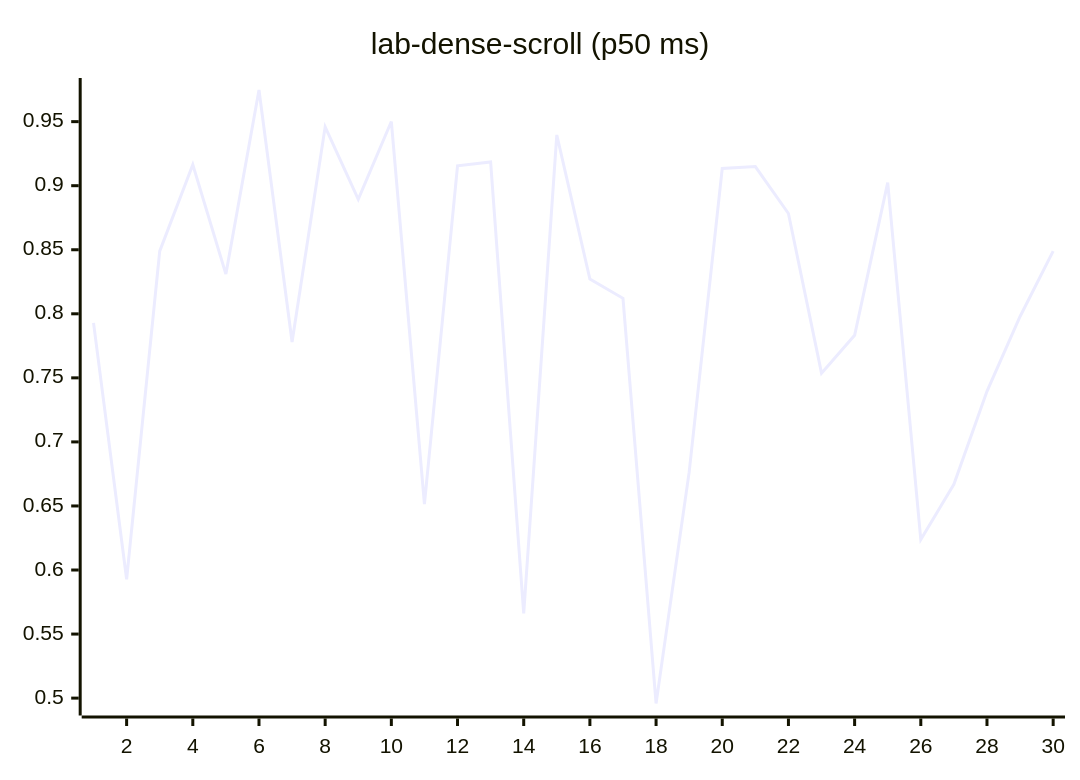
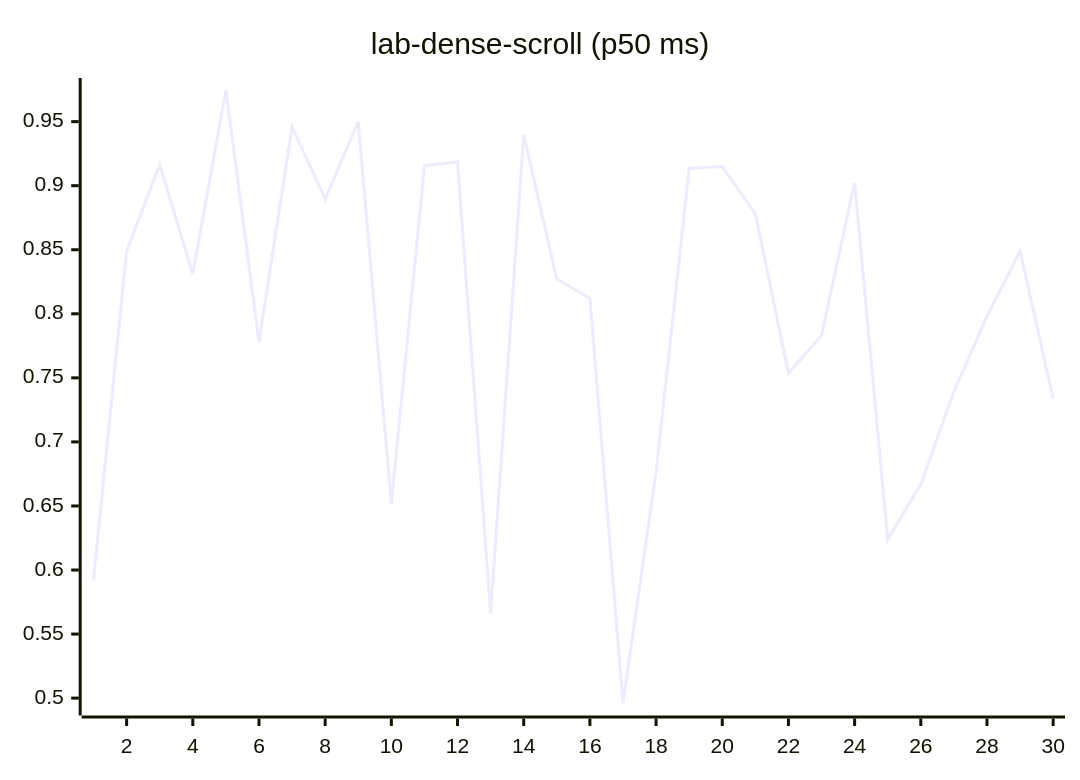
Before and after one commit to josha/Facet: diagram 12 of 27 in README.md, drawn with Mermaid. The commit also changed other lines of this file and 2 other files, not shown here.

````diff
--- a/README.md
+++ b/README.md
@@ -140,6 +140,6 @@
 ```mermaid
 xychart-beta
     title "lab-dense-scroll (p50 ms)"
     x-axis 1 --> 30
-    line [0.7929, 0.5928, 0.8489, 0.9164, 0.8310, 0.9747, 0.7780, 0.9459, 0.8894, 0.9501, 0.6514, 0.9155, 0.9185, 0.5661, 0.9396, 0.8271, 0.8121, 0.4958, 0.6764, 0.9135, 0.9149, 0.8783, 0.7537, 0.7833, 0.9024, 0.6238, 0.6669, 0.7395, 0.7979, 0.8489]
+    line [0.5928, 0.8489, 0.9164, 0.8310, 0.9747, 0.7780, 0.9459, 0.8894, 0.9501, 0.6514, 0.9155, 0.9185, 0.5661, 0.9396, 0.8271, 0.8121, 0.4958, 0.6764, 0.9135, 0.9149, 0.8783, 0.7537, 0.7833, 0.9024, 0.6238, 0.6669, 0.7395, 0.7979, 0.8489, 0.7339]
 ```
````
